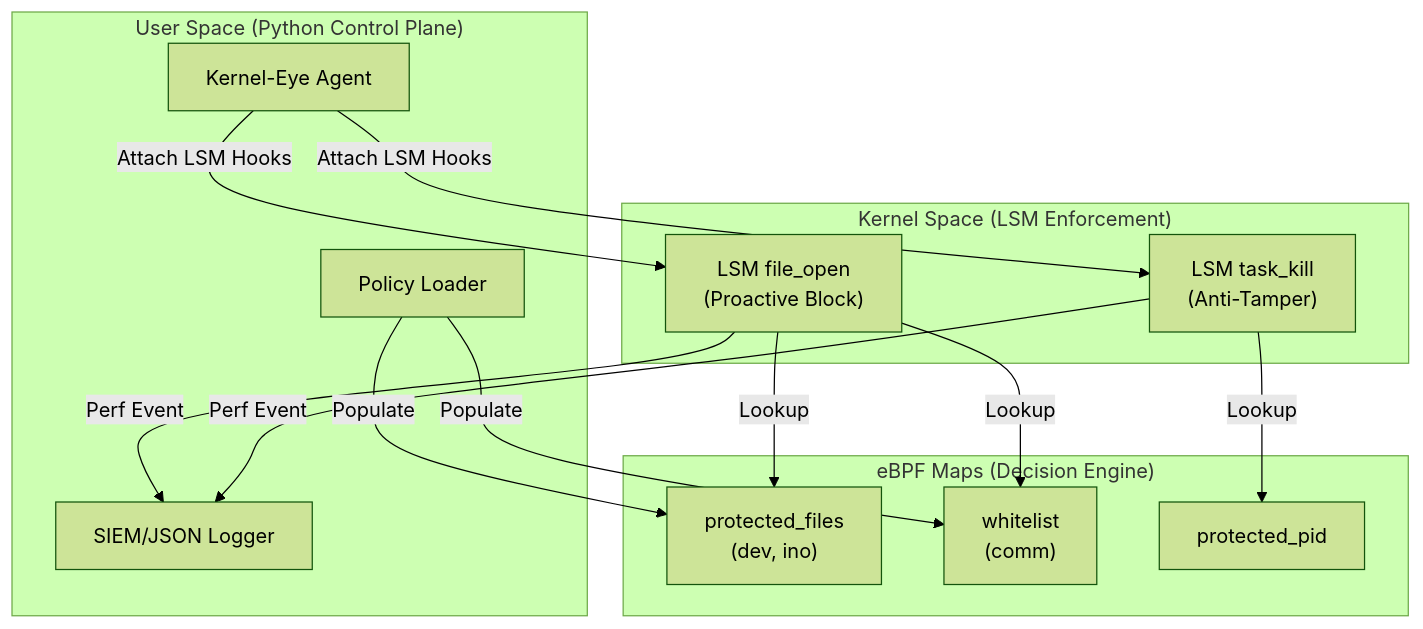
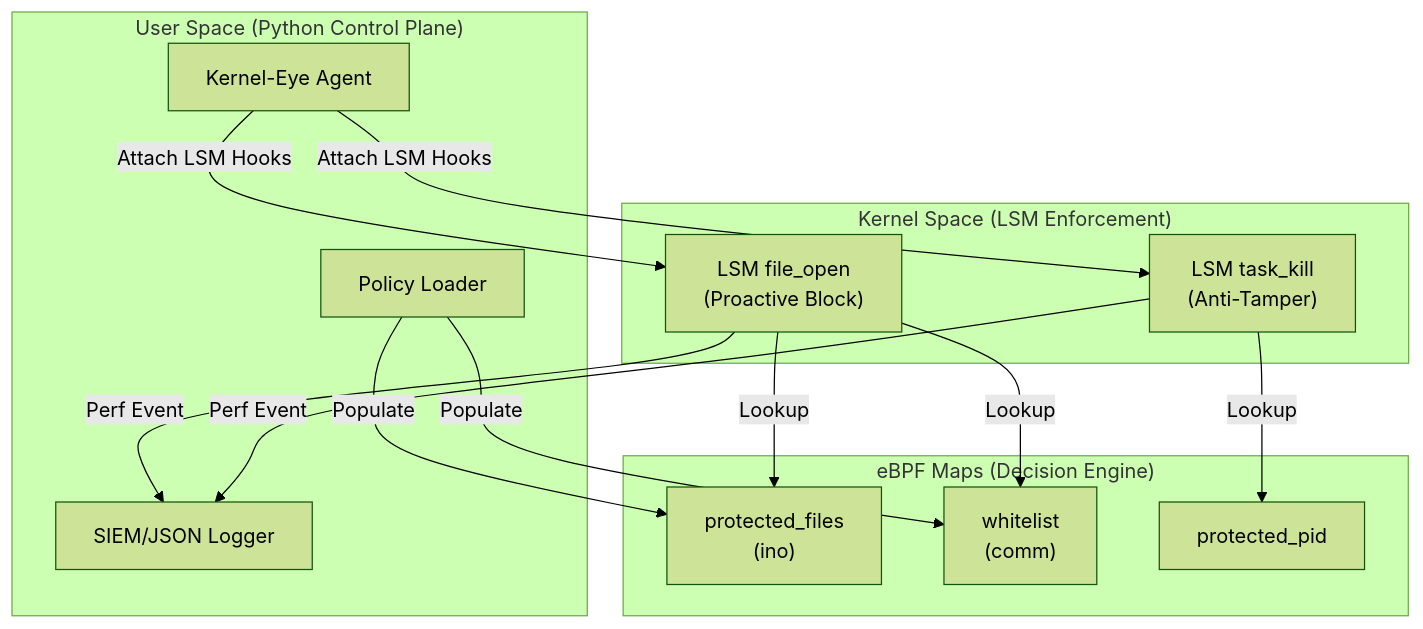
Before and after one commit to ufukulaserdem/Kernel-Eye: the diagram in README.md, drawn with Mermaid (forest theme).

Commit message:
README modified

````diff
--- a/README.md
+++ b/README.md
@@ -31,30 +31,30 @@
 ```mermaid
 flowchart TB
   subgraph UserSpace["User Space (Python Control Plane)"]
     U1[Kernel-Eye Agent]
     U2[Policy Loader]
     U3[SIEM/JSON Logger]
   end
 
   subgraph Maps["eBPF Maps (Decision Engine)"]
-    M1["protected_files\n(dev, ino)"]
+    M1["protected_files\n(ino)"]
     M2["whitelist\n(comm)"]
     M3[protected_pid]
   end
 
   subgraph Kernel["Kernel Space (LSM Enforcement)"]
     K1["LSM file_open\n(Proactive Block)"]
     K2["LSM task_kill\n(Anti-Tamper)"]
   end
 
   U2 -->|Populate| M1
   U2 -->|Populate| M2
   K1 -->|Lookup| M1
   K1 -->|Lookup| M2
   K2 -->|Lookup| M3
 
   K1 -->|Perf Event| U3
   K2 -->|Perf Event| U3
   U1 -->|Attach LSM Hooks| K1
   U1 -->|Attach LSM Hooks| K2
 ```
````
